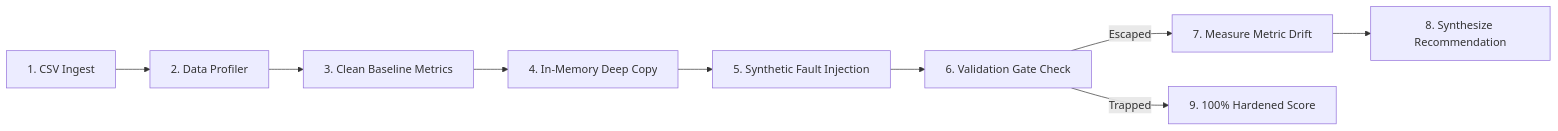
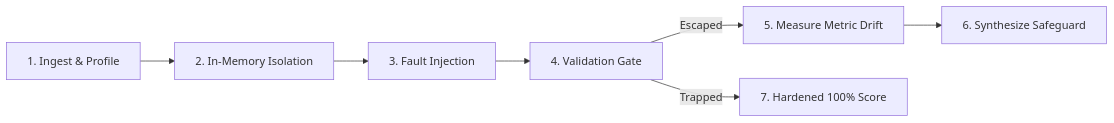
Before and after one commit to rahulgoreofficial/DataTripwire-Data-Pipeline-Reliability-Mutation-Testing: the first of 2 diagrams in README.md, drawn with Mermaid. The commit also changed other lines of this file and 35 other files, not shown here.

````diff
--- a/README.md
+++ b/README.md
@@ -63,11 +92,9 @@
 ```mermaid
 flowchart LR
-    A[1. CSV Ingest] --> B[2. Data Profiler]
-    B --> C[3. Clean Baseline Metrics]
-    C --> D[4. In-Memory Deep Copy]
-    D --> E[5. Synthetic Fault Injection]
-    E --> F[6. Validation Gate Check]
-    F -->|Escaped| G[7. Measure Metric Drift]
-    G --> H[8. Synthesize Recommendation]
-    F -->|Trapped| I[9. 100% Hardened Score]
+    A[1. Ingest & Profile] --> B[2. In-Memory Isolation]
+    B --> C[3. Fault Injection]
+    C --> D[4. Validation Gate]
+    D -->|Escaped| E[5. Measure Metric Drift]
+    E --> F[6. Synthesize Safeguard]
+    D -->|Trapped| G[7. Hardened 100% Score]
 ```
````
